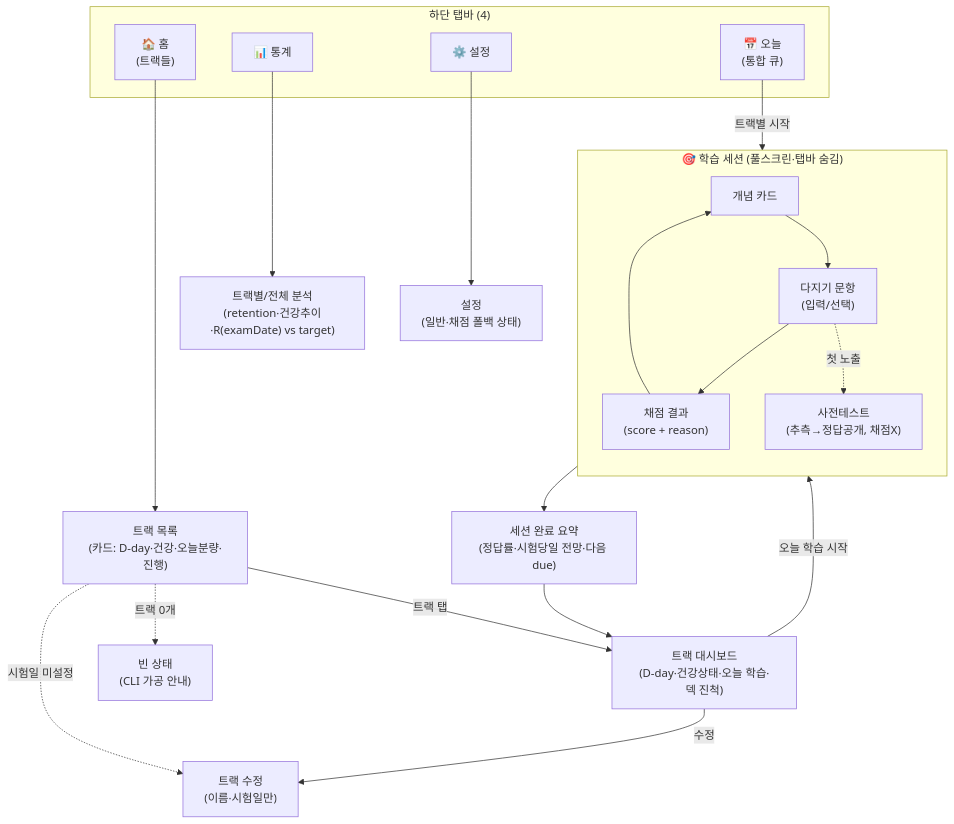
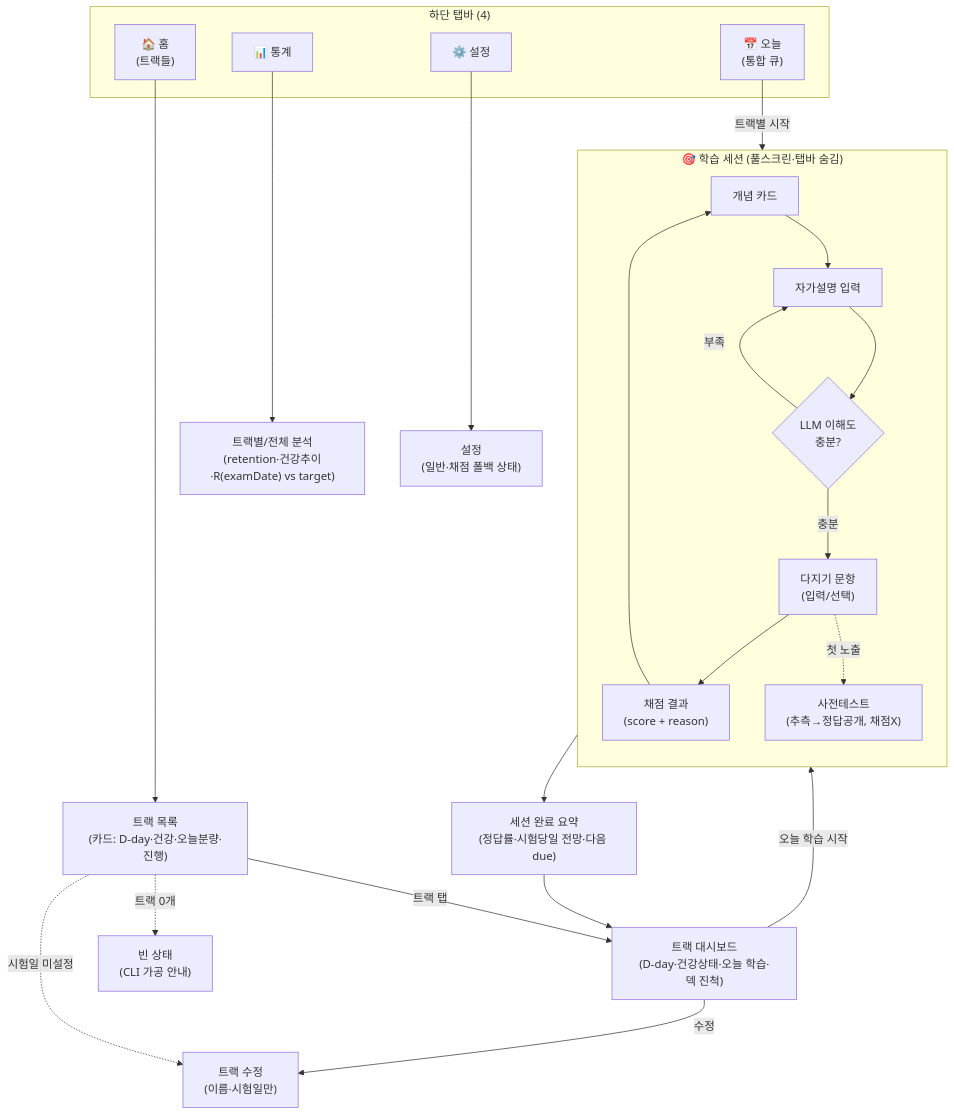
The diagram in docs/frontend-screens.md (genie49/study-anything), drawn with Mermaid before and after one commit. The commit also changed other lines of this file and 3 other files, not shown here.

First line of the commit message:
docs: 개념 자가설명을 LLM 이해도 게이트로 (저장 안 함)

````diff
--- a/docs/frontend-screens.md
+++ b/docs/frontend-screens.md
@@ -16,32 +16,35 @@
 ```mermaid
 flowchart TD
   subgraph TAB["하단 탭바 (4)"]
     H["🏠 홈<br/>(트랙들)"]
     T["📅 오늘<br/>(통합 큐)"]
     S["📊 통계"]
     C["⚙️ 설정"]
   end
 
   H --> TL["트랙 목록<br/>(카드: D-day·건강·오늘분량·진행)"]
   TL -->|"트랙 탭"| TD["트랙 대시보드<br/>(D-day·건강상태·오늘 학습·덱 진척)"]
   TL -.시험일 미설정.-> TE["트랙 수정<br/>(이름·시험일만)"]
   TD -->|"수정"| TE
 
   TD -->|"오늘 학습 시작"| SES
   T -->|"트랙별 시작"| SES
 
   subgraph SES["🎯 학습 세션 (풀스크린·탭바 숨김)"]
     direction TB
-    CON["개념 카드"] --> QZ["다지기 문항<br/>(입력/선택)"]
+    CON["개념 카드"] --> SE["자가설명 입력"]
+    SE --> GATE{"LLM 이해도<br/>충분?"}
+    GATE -->|"충분"| QZ["다지기 문항<br/>(입력/선택)"]
+    GATE -->|"부족"| SE
     QZ --> GR["채점 결과<br/>(score + reason)"]
     GR --> CON
     QZ -.첫 노출.-> PT["사전테스트<br/>(추측→정답공개, 채점X)"]
   end
   SES --> DONE["세션 완료 요약<br/>(정답률·시험당일 전망·다음 due)"]
   DONE --> TD
 
   S --> ST["트랙별/전체 분석<br/>(retention·건강추이·R(examDate) vs target)"]
   C --> SET["설정<br/>(일반·채점 폴백 상태)"]
 
   TL -.트랙 0개.-> EMPTY["빈 상태<br/>(CLI 가공 안내)"]
 ```
````
